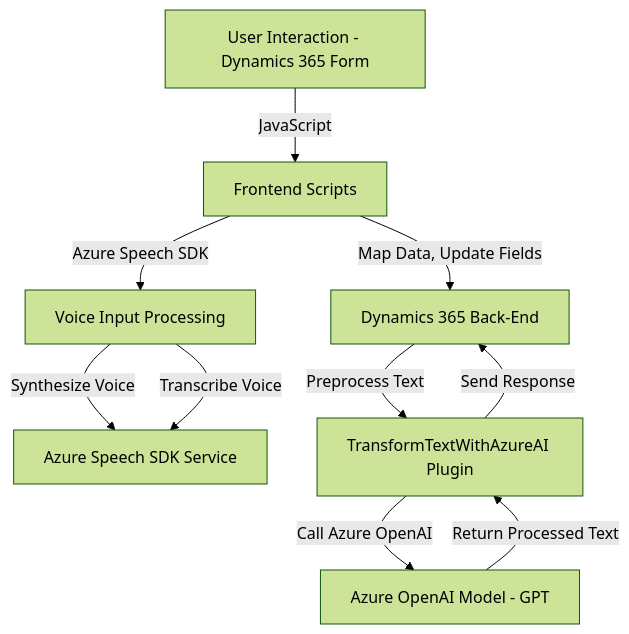
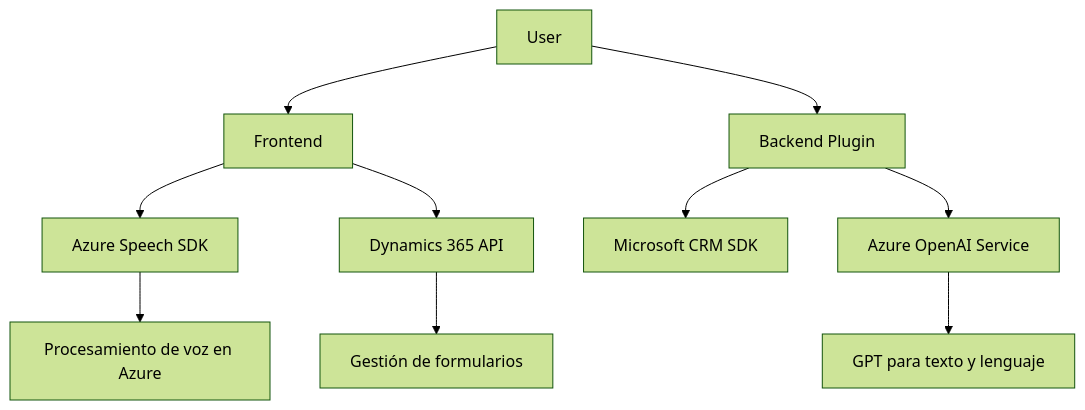
Before and after one commit to blopezdm/NETCORE_BILBAO2025: the diagram in README.md, drawn with Mermaid (forest theme). The commit also changed other lines of this file, not shown here.

````diff
--- a/README.md
+++ b/README.md
@@ -40,12 +49,12 @@
 ```mermaid
 graph TD
-    A[User Interaction - Dynamics 365 Form] -->|JavaScript| B["Frontend Scripts"]
-    B -->|Azure Speech SDK| C["Voice Input Processing"]
-    C -->|Synthesize Voice| D["Azure Speech SDK Service"]
-    C -->|Transcribe Voice| D
-    B -->|Map Data, Update Fields| E["Dynamics 365 Back-End"]
-    E -->|Preprocess Text| F["TransformTextWithAzureAI Plugin"]
-    F -->|Call Azure OpenAI| G["Azure OpenAI Model - GPT"]
-    G -->|Return Processed Text| F
-    F -->|Send Response| E
+A["User"] --> B["Frontend"]
+B --> C["Azure Speech SDK"]
+B --> D["Dynamics 365 API"]
+A --> E["Backend Plugin"]
+E --> F["Microsoft CRM SDK"]
+E --> G["Azure OpenAI Service"]
+C --> H["Procesamiento de voz en Azure"]
+G --> I["GPT para texto y lenguaje"]
+D --> J["Gestión de formularios"]
 ```
````
